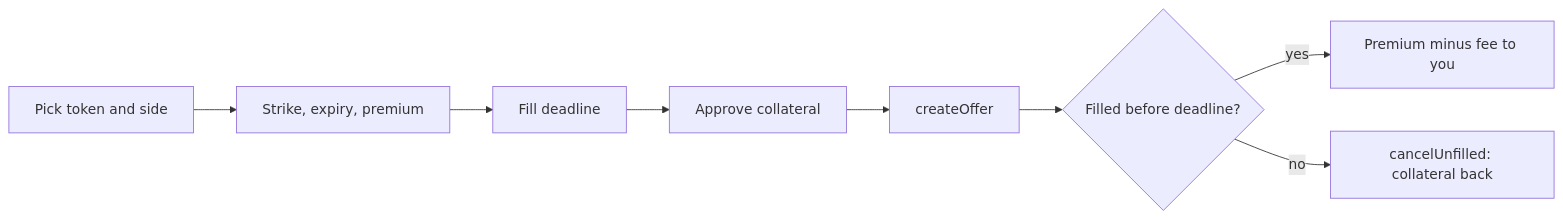
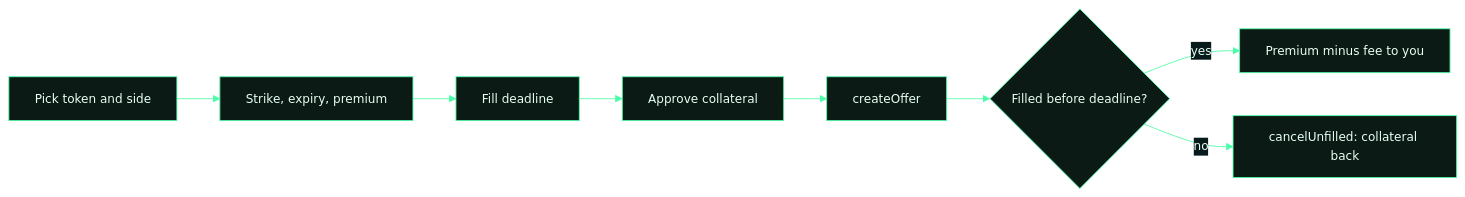
Before and after one commit to 0x-saurabh/gust: the diagram in scripts/public/docs/selling.md, drawn with Mermaid. The commit also changed 10 other files, not shown here.

Commit message:
Public repos: one small styled flowchart per repo instead of large system diagrams

````diff
--- a/scripts/public/docs/selling.md
+++ b/scripts/public/docs/selling.md
@@ -18,10 +18,11 @@
 ```mermaid
+%%{init: {'theme':'base','themeVariables':{'primaryColor':'#0b1a14','primaryTextColor':'#e8fff3','primaryBorderColor':'#4dfca9','lineColor':'#4dfca9','secondaryColor':'#071a1c','tertiaryColor':'#111','fontFamily':'ui-sans-serif, system-ui','fontSize':'14px'}}}%%
 flowchart LR
   A[Pick token and side] --> B[Strike, expiry, premium]
   B --> C[Fill deadline]
   C --> D[Approve collateral]
   D --> E[createOffer]
   E --> F{Filled before deadline?}
   F -- yes --> G[Premium minus fee to you]
   F -- no --> H[cancelUnfilled: collateral back]
 ```
````
